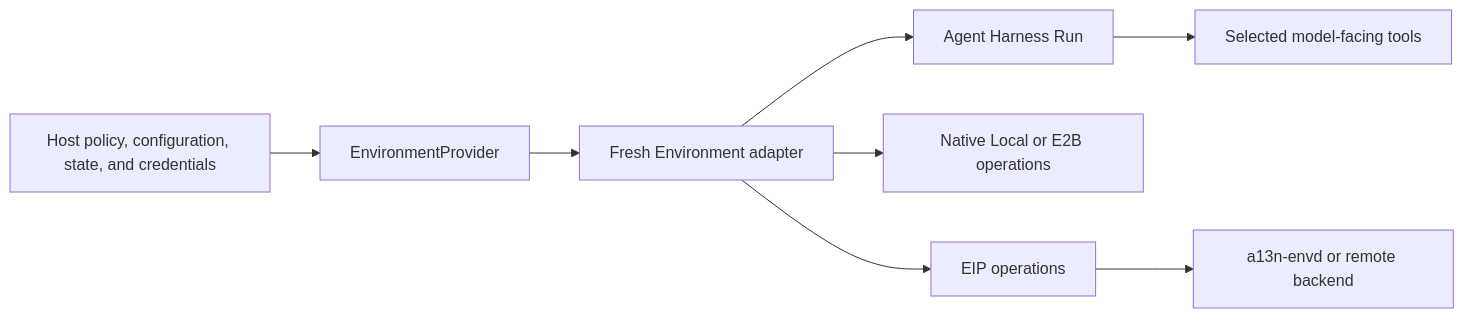
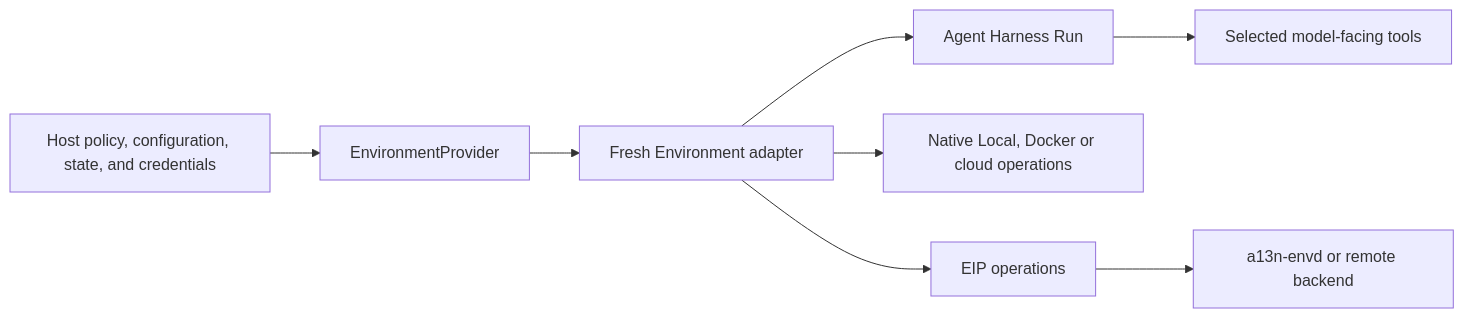
The diagram in docs/environments/index.md (LTThreeComma/agent-foundation), drawn with Mermaid before and after one commit. The commit also changed other lines of this file and 71 other files, not shown here.

First line of the commit message:
feat(environment): add five cloud providers (#563)

````diff
--- a/docs/environments/index.md
+++ b/docs/environments/index.md
@@ -26,10 +31,10 @@
 ```mermaid
 flowchart LR
     Host[Host policy, configuration, state, and credentials] --> Provider[EnvironmentProvider]
     Provider --> Environment[Fresh Environment adapter]
     Environment --> Harness[Agent Harness Run]
     Harness --> Tools[Selected model-facing tools]
-    Environment --> Direct[Native Local or E2B operations]
+    Environment --> Direct[Native Local, Docker or cloud operations]
     Environment --> EIP[EIP operations]
     EIP --> Envd[a13n-envd or remote backend]
 ```
````
